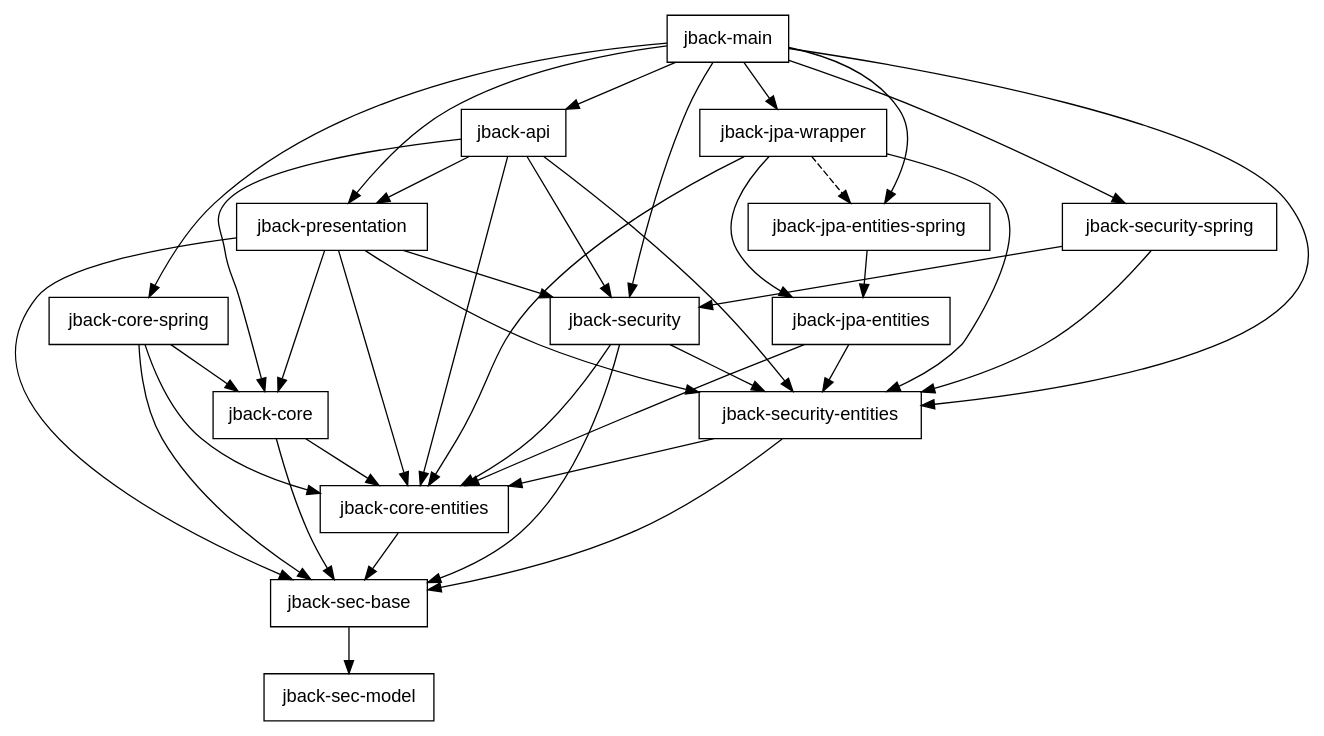
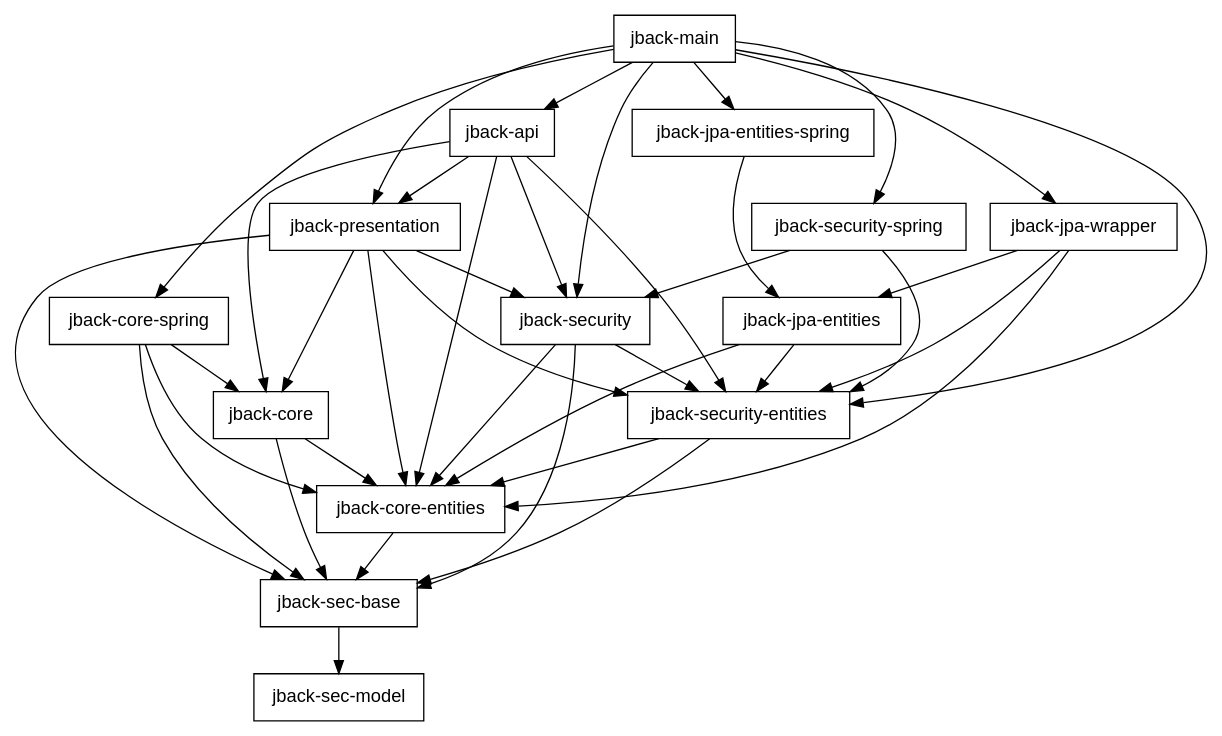
One commit to blaulaub/jback changed the diagram in graphviz/module-dependencies.dot. Above: the diagram before and after it, drawn with Graphviz. The commit also changed 8 other files, not shown here.

Commit message:
drop tests from jpa wrapper

```diff
--- a/graphviz/module-dependencies.dot
+++ b/graphviz/module-dependencies.dot
@@ -1,44 +1,43 @@
 digraph G {
 
   node [ shape="box", fontname="helvetica" ];
 
   "jback-main" -> "jback-api";
   "jback-main" -> "jback-core-spring";
   "jback-main" -> "jback-jpa-entities-spring";
   "jback-main" -> "jback-jpa-wrapper";
   "jback-main" -> "jback-presentation";
   "jback-main" -> "jback-security";
   "jback-main" -> "jback-security-entities";
   "jback-main" -> "jback-security-spring";
   "jback-jpa-wrapper" -> "jback-core-entities";
   "jback-jpa-wrapper" -> "jback-jpa-entities";
-  "jback-jpa-wrapper" -> "jback-jpa-entities-spring" [ style="dashed" ];
   "jback-jpa-wrapper" -> "jback-security-entities";
   "jback-jpa-entities-spring" -> "jback-jpa-entities";
   "jback-jpa-entities" -> "jback-core-entities";
   "jback-jpa-entities" -> "jback-security-entities";
   "jback-api" -> "jback-core";
   "jback-api" -> "jback-core-entities";
   "jback-api" -> "jback-presentation";
   "jback-api" -> "jback-security";
   "jback-api" -> "jback-security-entities";
   "jback-presentation" -> "jback-core";
   "jback-presentation" -> "jback-core-entities";
   "jback-presentation" -> "jback-sec-base";
   "jback-presentation" -> "jback-security";
   "jback-presentation" -> "jback-security-entities";
   "jback-security" -> "jback-core-entities";
   "jback-security" -> "jback-sec-base";
   "jback-security" -> "jback-security-entities";
   "jback-security-entities" -> "jback-core-entities";
   "jback-security-entities" -> "jback-sec-base";
   "jback-security-spring" -> "jback-security";
   "jback-security-spring" -> "jback-security-entities";
   "jback-core" -> "jback-core-entities";
   "jback-core" -> "jback-sec-base";
   "jback-core-entities" -> "jback-sec-base";
   "jback-core-spring" -> "jback-core";
   "jback-core-spring" -> "jback-core-entities";
   "jback-core-spring" -> "jback-sec-base";
   "jback-sec-base" -> "jback-sec-model";
 }
```
